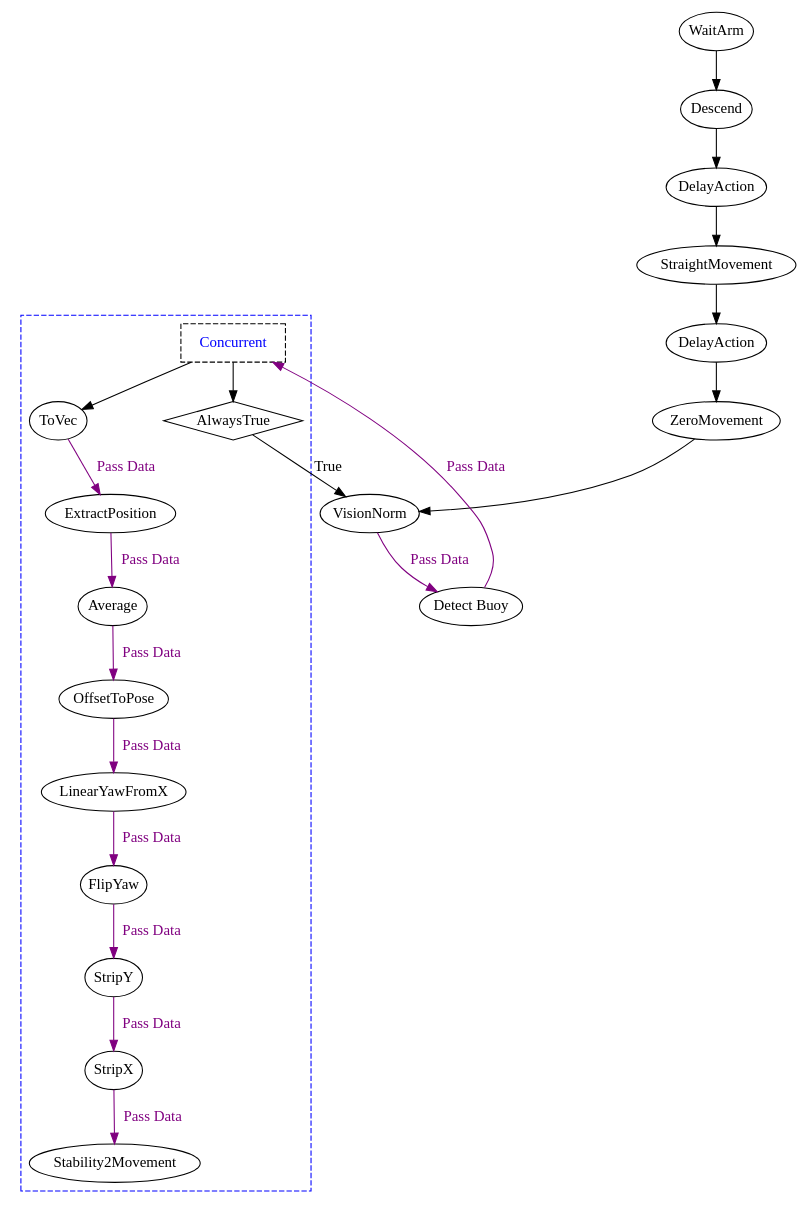
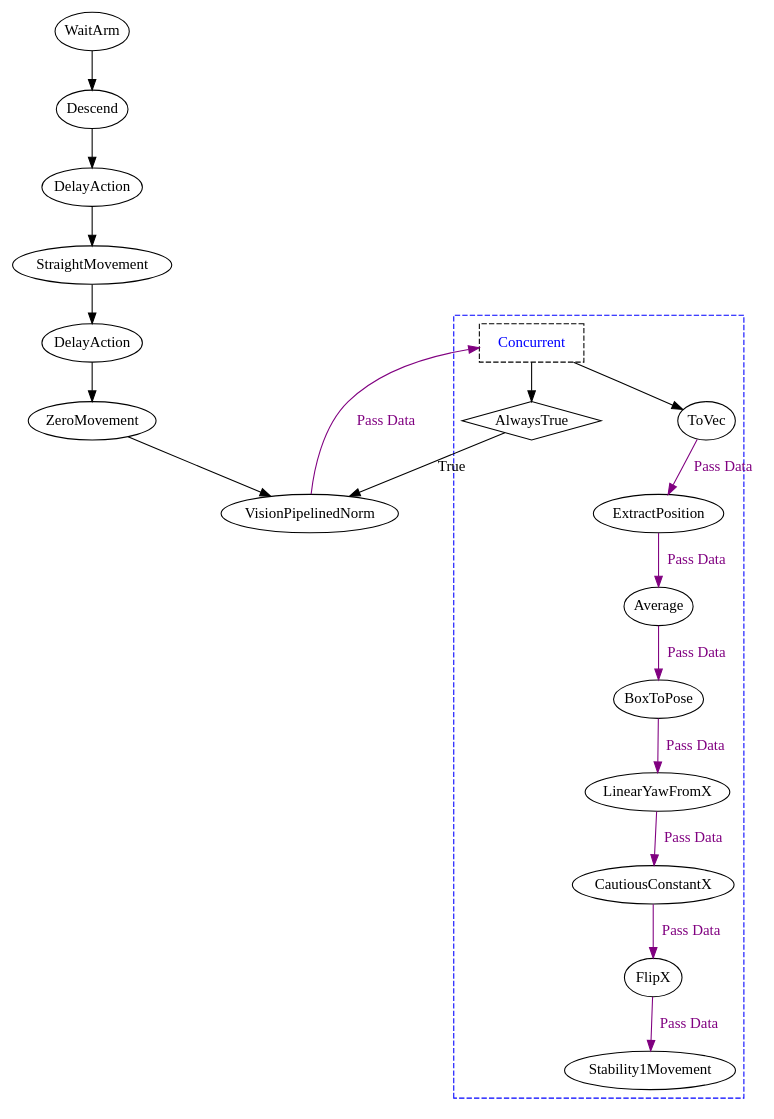
The diagram in graphs/buoy_and_gate_logic/circle_buoy/buoy_circle_sequence_model.dot (ncsurobotics/SW8S-Rust), drawn with Graphviz before and after one commit. The commit also changed 21 other files, not shown here.

```diff
--- a/graphs/buoy_and_gate_logic/circle_buoy/buoy_circle_sequence_model.dot
+++ b/graphs/buoy_and_gate_logic/circle_buoy/buoy_circle_sequence_model.dot
@@ -1,49 +1,45 @@
 digraph G {
 	splines = true;
 	nodesep = 1.0;
 	bgcolor = "none"
-	"4e5bdd91-9491-4575-aa2c-fbe99aaa862c" [shape = diamond];
-	subgraph "cluster_b0704d39-06dd-42e8-b016-5be9b811216b" {
+	"3693595b-ba73-469d-9c4a-5feb5f57cebd" [shape = diamond];
+	subgraph "cluster_e3a537e0-e2e6-4a19-a2a0-db325710a9a2" {
 		style = dashed;
 		color = blue;
-		"31ac196f-d3d7-4ed7-bcca-40cb276906c3" -> "a0943519-9f88-4ae7-a4b4-6a5d6f382ab4" [color = purple, fontcolor = purple, label = "Pass Data"];
-		"99bca9d6-3fe9-4930-9d23-41e4847adaa0" -> "31ac196f-d3d7-4ed7-bcca-40cb276906c3" [color = purple, fontcolor = purple, label = "Pass Data"];
-		"7fc39e8c-3345-47ce-b373-bb03e5a639a2" -> "99bca9d6-3fe9-4930-9d23-41e4847adaa0" [color = purple, fontcolor = purple, label = "Pass Data"];
-		"637fe9fa-c8b7-412a-9032-c71076055789" -> "7fc39e8c-3345-47ce-b373-bb03e5a639a2" [color = purple, fontcolor = purple, label = "Pass Data"];
-		"6ecbcac7-5b28-43d0-83cd-6bb76d806825" -> "637fe9fa-c8b7-412a-9032-c71076055789" [color = purple, fontcolor = purple, label = "Pass Data"];
-		"ca656357-0bde-4462-ac6d-21414a36f6f4" -> "6ecbcac7-5b28-43d0-83cd-6bb76d806825" [color = purple, fontcolor = purple, label = "Pass Data"];
-		"df7dbed6-9822-4747-9f1b-e9c8ef48cacc" -> "ca656357-0bde-4462-ac6d-21414a36f6f4" [color = purple, fontcolor = purple, label = "Pass Data"];
-		"3bf3a4b7-7532-4d7e-99cc-5f0528b79ee7" -> "df7dbed6-9822-4747-9f1b-e9c8ef48cacc" [color = purple, fontcolor = purple, label = "Pass Data"];
-		"078bd724-5055-4916-868a-3a5cea08bd33" -> "3bf3a4b7-7532-4d7e-99cc-5f0528b79ee7";
-		"078bd724-5055-4916-868a-3a5cea08bd33" -> "4e5bdd91-9491-4575-aa2c-fbe99aaa862c";
-		"078bd724-5055-4916-868a-3a5cea08bd33" [label = "Concurrent", shape = box, fontcolor = blue, style = dashed];
-		"3bf3a4b7-7532-4d7e-99cc-5f0528b79ee7" [label = "ToVec", margin = 0];
-		"df7dbed6-9822-4747-9f1b-e9c8ef48cacc" [label = "ExtractPosition", margin = 0];
-		"ca656357-0bde-4462-ac6d-21414a36f6f4" [label = "Average", margin = 0];
-		"6ecbcac7-5b28-43d0-83cd-6bb76d806825" [label = "OffsetToPose", margin = 0];
-		"637fe9fa-c8b7-412a-9032-c71076055789" [label = "LinearYawFromX", margin = 0];
-		"7fc39e8c-3345-47ce-b373-bb03e5a639a2" [label = "FlipYaw", margin = 0];
-		"99bca9d6-3fe9-4930-9d23-41e4847adaa0" [label = "StripY", margin = 0];
-		"31ac196f-d3d7-4ed7-bcca-40cb276906c3" [label = "StripX", margin = 0];
-		"a0943519-9f88-4ae7-a4b4-6a5d6f382ab4" [label = "Stability2Movement", margin = 0];
-		"4e5bdd91-9491-4575-aa2c-fbe99aaa862c" [label = "AlwaysTrue", margin = 0];
+		"043b6d46-9a96-46c6-9c95-2101537ef8a9" -> "4c714399-aea0-4efa-9a38-fb31b3422cb6" [color = purple, fontcolor = purple, label = "Pass Data"];
+		"24756245-109e-443c-b600-f23da1dffe72" -> "043b6d46-9a96-46c6-9c95-2101537ef8a9" [color = purple, fontcolor = purple, label = "Pass Data"];
+		"eba99b0d-e412-471b-8a1a-fa6ad2511e80" -> "24756245-109e-443c-b600-f23da1dffe72" [color = purple, fontcolor = purple, label = "Pass Data"];
+		"47d14a3d-018c-4f73-ab40-e0effdaa515c" -> "eba99b0d-e412-471b-8a1a-fa6ad2511e80" [color = purple, fontcolor = purple, label = "Pass Data"];
+		"8f05059f-4198-416e-86fb-fe1f10c08ce0" -> "47d14a3d-018c-4f73-ab40-e0effdaa515c" [color = purple, fontcolor = purple, label = "Pass Data"];
+		"3177073e-fc55-4f8a-b7fb-5948d65ed23b" -> "8f05059f-4198-416e-86fb-fe1f10c08ce0" [color = purple, fontcolor = purple, label = "Pass Data"];
+		"f8dbb2b2-d41a-4f89-8161-3094cdf40a1e" -> "3177073e-fc55-4f8a-b7fb-5948d65ed23b" [color = purple, fontcolor = purple, label = "Pass Data"];
+		"6602f07f-a42d-4266-8ec5-15b8f9fd97e1" -> "f8dbb2b2-d41a-4f89-8161-3094cdf40a1e";
+		"6602f07f-a42d-4266-8ec5-15b8f9fd97e1" -> "3693595b-ba73-469d-9c4a-5feb5f57cebd";
+		"6602f07f-a42d-4266-8ec5-15b8f9fd97e1" [label = "Concurrent", shape = box, fontcolor = blue, style = dashed];
+		"f8dbb2b2-d41a-4f89-8161-3094cdf40a1e" [label = "ToVec", margin = 0];
+		"3177073e-fc55-4f8a-b7fb-5948d65ed23b" [label = "ExtractPosition", margin = 0];
+		"8f05059f-4198-416e-86fb-fe1f10c08ce0" [label = "Average", margin = 0];
+		"47d14a3d-018c-4f73-ab40-e0effdaa515c" [label = "BoxToPose", margin = 0];
+		"eba99b0d-e412-471b-8a1a-fa6ad2511e80" [label = "LinearYawFromX", margin = 0];
+		"24756245-109e-443c-b600-f23da1dffe72" [label = "CautiousConstantX", margin = 0];
+		"043b6d46-9a96-46c6-9c95-2101537ef8a9" [label = "FlipX", margin = 0];
+		"4c714399-aea0-4efa-9a38-fb31b3422cb6" [label = "Stability1Movement", margin = 0];
+		"3693595b-ba73-469d-9c4a-5feb5f57cebd" [label = "AlwaysTrue", margin = 0];
 	}
 	
-	"caa63310-6591-4db4-8aeb-e8ceaab3c4ce" -> "2043ff86-7e1d-456a-a5b3-d9ad16838dff" ;
-	"9fcdf7c3-6a50-4842-a528-55fa9cc98adf" -> "b24b77fc-4e7d-4cde-b8f4-9383839e3963" ;
-	"b24b77fc-4e7d-4cde-b8f4-9383839e3963" -> "312c68ef-ec4e-43cc-8955-7a9e9aff9703" ;
-	"2043ff86-7e1d-456a-a5b3-d9ad16838dff" -> "9fcdf7c3-6a50-4842-a528-55fa9cc98adf" ;
-	"34f3f9b1-db3a-4f5d-beb2-0ea5d2aae022" -> "caa63310-6591-4db4-8aeb-e8ceaab3c4ce" ;
-	"d820568c-8929-4c52-b559-ab992f8fe540" -> "078bd724-5055-4916-868a-3a5cea08bd33" [color = purple, fontcolor = purple, label = "Pass Data"];
-	"8554ee95-beb2-4206-ad91-f89d39afe855" -> "d820568c-8929-4c52-b559-ab992f8fe540" [color = purple, fontcolor = purple, label = "Pass Data"];
-	"4e5bdd91-9491-4575-aa2c-fbe99aaa862c" -> "8554ee95-beb2-4206-ad91-f89d39afe855" [label = "True"];
-	"312c68ef-ec4e-43cc-8955-7a9e9aff9703" -> "8554ee95-beb2-4206-ad91-f89d39afe855" ;
-	"34f3f9b1-db3a-4f5d-beb2-0ea5d2aae022" [label = "WaitArm", margin = 0];
-	"caa63310-6591-4db4-8aeb-e8ceaab3c4ce" [label = "Descend", margin = 0];
-	"2043ff86-7e1d-456a-a5b3-d9ad16838dff" [label = "DelayAction", margin = 0];
-	"9fcdf7c3-6a50-4842-a528-55fa9cc98adf" [label = "StraightMovement", margin = 0];
-	"b24b77fc-4e7d-4cde-b8f4-9383839e3963" [label = "DelayAction", margin = 0];
-	"312c68ef-ec4e-43cc-8955-7a9e9aff9703" [label = "ZeroMovement", margin = 0];
-	"8554ee95-beb2-4206-ad91-f89d39afe855" [label = "VisionNorm", margin = 0];
-	"d820568c-8929-4c52-b559-ab992f8fe540" [label = "Detect Buoy", margin = 0];
+	"69e10667-db91-4925-b809-378f2dceb3f5" -> "6e9d4c54-8edb-4a43-aeb9-f0f42ddc830e" ;
+	"66cd1f2c-585d-41c0-b6c1-95d622544e78" -> "8e7183ab-9ed6-4d8a-8064-ecd5e1bd604e" ;
+	"8e7183ab-9ed6-4d8a-8064-ecd5e1bd604e" -> "a12a7fe8-2bdb-4ffe-a740-714a993d5b40" ;
+	"6e9d4c54-8edb-4a43-aeb9-f0f42ddc830e" -> "66cd1f2c-585d-41c0-b6c1-95d622544e78" ;
+	"8cfb4c00-9b8f-4d93-a8d4-eed4cdc0bb4b" -> "69e10667-db91-4925-b809-378f2dceb3f5" ;
+	"0e3e450c-ebe1-489b-ae44-10596b6f8542" -> "6602f07f-a42d-4266-8ec5-15b8f9fd97e1" [color = purple, fontcolor = purple, label = "Pass Data"];
+	"3693595b-ba73-469d-9c4a-5feb5f57cebd" -> "0e3e450c-ebe1-489b-ae44-10596b6f8542" [label = "True"];
+	"a12a7fe8-2bdb-4ffe-a740-714a993d5b40" -> "0e3e450c-ebe1-489b-ae44-10596b6f8542" ;
+	"8cfb4c00-9b8f-4d93-a8d4-eed4cdc0bb4b" [label = "WaitArm", margin = 0];
+	"69e10667-db91-4925-b809-378f2dceb3f5" [label = "Descend", margin = 0];
+	"6e9d4c54-8edb-4a43-aeb9-f0f42ddc830e" [label = "DelayAction", margin = 0];
+	"66cd1f2c-585d-41c0-b6c1-95d622544e78" [label = "StraightMovement", margin = 0];
+	"8e7183ab-9ed6-4d8a-8064-ecd5e1bd604e" [label = "DelayAction", margin = 0];
+	"a12a7fe8-2bdb-4ffe-a740-714a993d5b40" [label = "ZeroMovement", margin = 0];
+	"0e3e450c-ebe1-489b-ae44-10596b6f8542" [label = "VisionPipelinedNorm", margin = 0];
 }
```
